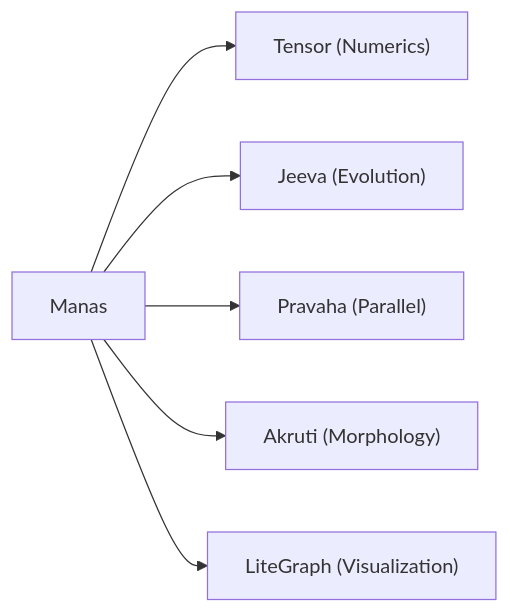
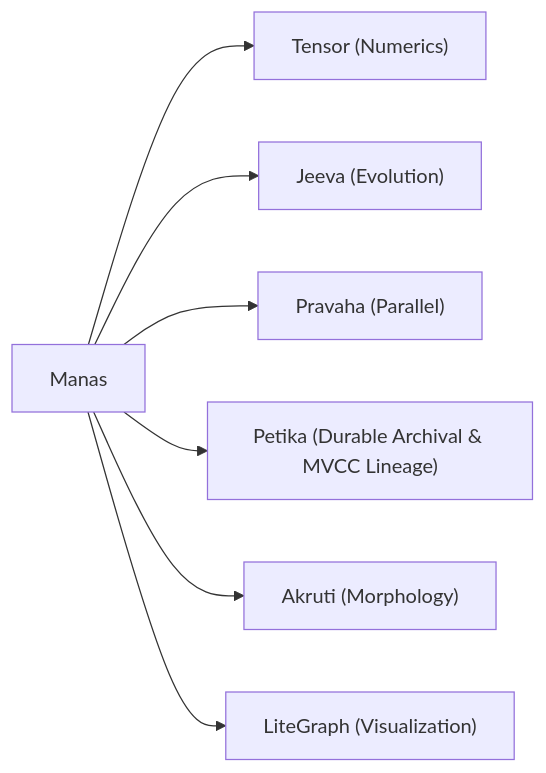
The second of 3 diagrams in docs/manas/manas.md (sp-mishra/pebble), drawn with Mermaid before and after one commit. The commit also changed other lines of this file and 14 other files, not shown here.

````diff
--- a/docs/manas/manas.md
+++ b/docs/manas/manas.md
@@ -103,8 +103,9 @@
 ```mermaid
 graph LR
     Manas --> Tensor["Tensor (Numerics)"]
     Manas --> Jeeva["Jeeva (Evolution)"]
     Manas --> Pravaha["Pravaha (Parallel)"]
+    Manas --> Petika["Petika (Durable Archival & MVCC Lineage)"]
     Manas --> Akruti["Akruti (Morphology)"]
     Manas --> Visual["LiteGraph (Visualization)"]
 ```
````
